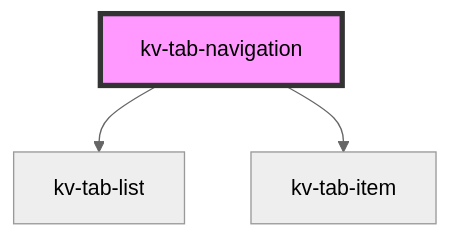
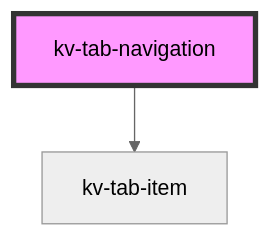
The diagram in packages/ui-components/src/components/tab-navigation/readme.md (kelvininc/ui-components), drawn with Mermaid (neutral theme) before and after one commit. The commit also changed other lines of this file and 14 other files, not shown here.

Commit message:
fix: move tab items tab navigation [KMAPS-493]

````diff
--- a/packages/ui-components/src/components/tab-navigation/readme.md
+++ b/packages/ui-components/src/components/tab-navigation/readme.md
@@ -69,6 +68,5 @@
 ```mermaid
 graph TD;
-  kv-tab-navigation --> kv-tab-list
   kv-tab-navigation --> kv-tab-item
   style kv-tab-navigation fill:#f9f,stroke:#333,stroke-width:4px
 ```
````
